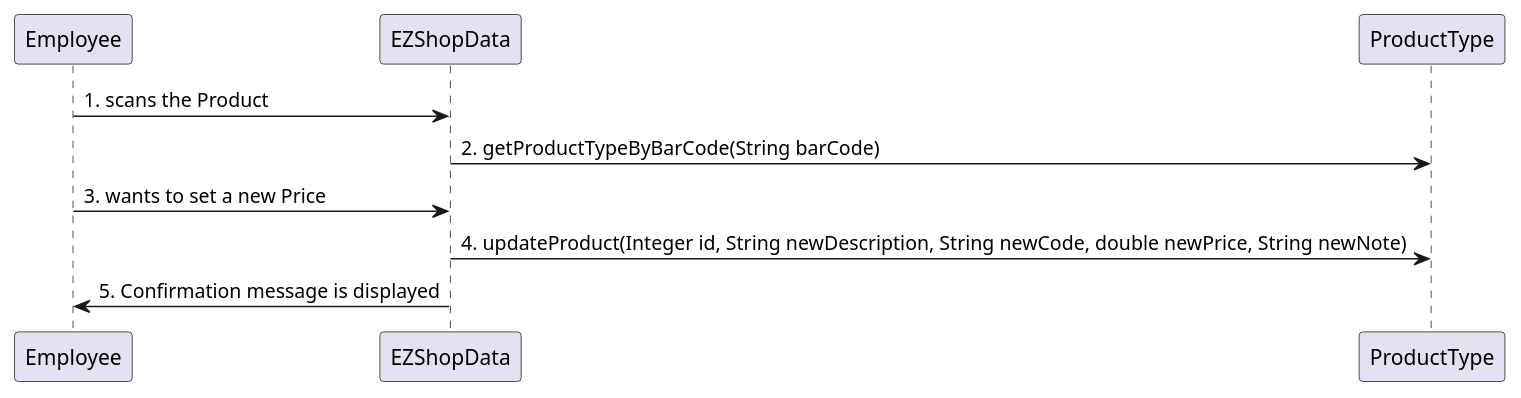
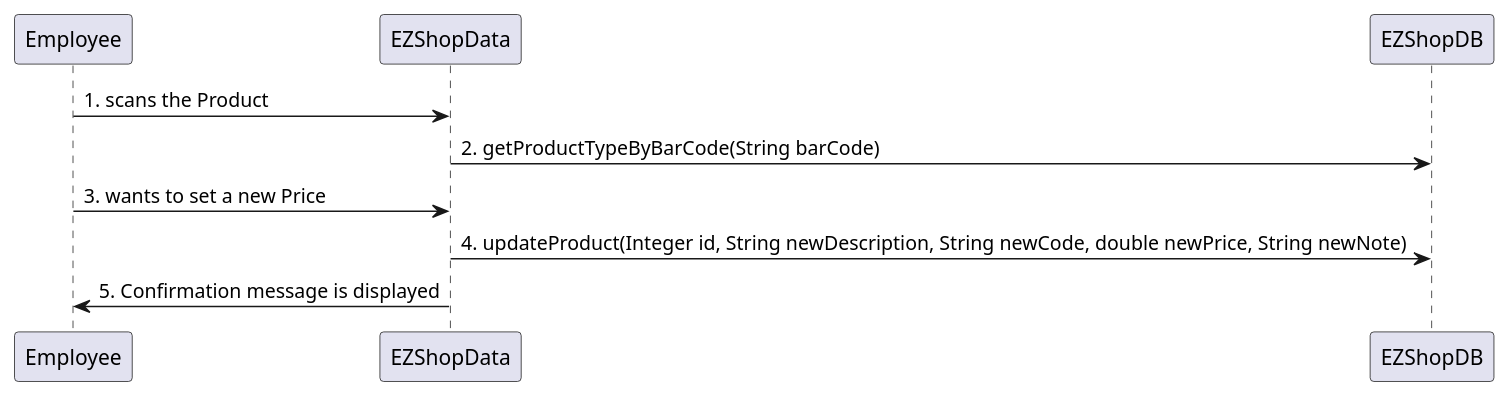
Before and after one commit to djemar/softeng_ezshop: the fifth of 31 diagrams in Deliverables/DesignDocument.md, drawn with PlantUML. The commit also changed other lines of this file, not shown here.

Commit message:
modified Verification sequence diagrams

````diff
--- a/Deliverables/DesignDocument.md
+++ b/Deliverables/DesignDocument.md
@@ -292,7 +295,7 @@
 ```plantuml
 "Employee" -> "EZShopData": 1. scans the Product
-"EZShopData" -> "ProductType" : 2. getProductTypeByBarCode(String barCode)
+"EZShopData" -> "EZShopDB" : 2. getProductTypeByBarCode(String barCode)
 "Employee" -> "EZShopData": 3. wants to set a new Price
-"EZShopData" -> "ProductType": 4. updateProduct(Integer id, String newDescription, String newCode, double newPrice, String newNote)
+"EZShopData" -> "EZShopDB": 4. updateProduct(Integer id, String newDescription, String newCode, double newPrice, String newNote)
 "EZShopData" -> "Employee": 5. Confirmation message is displayed
 ```
````
